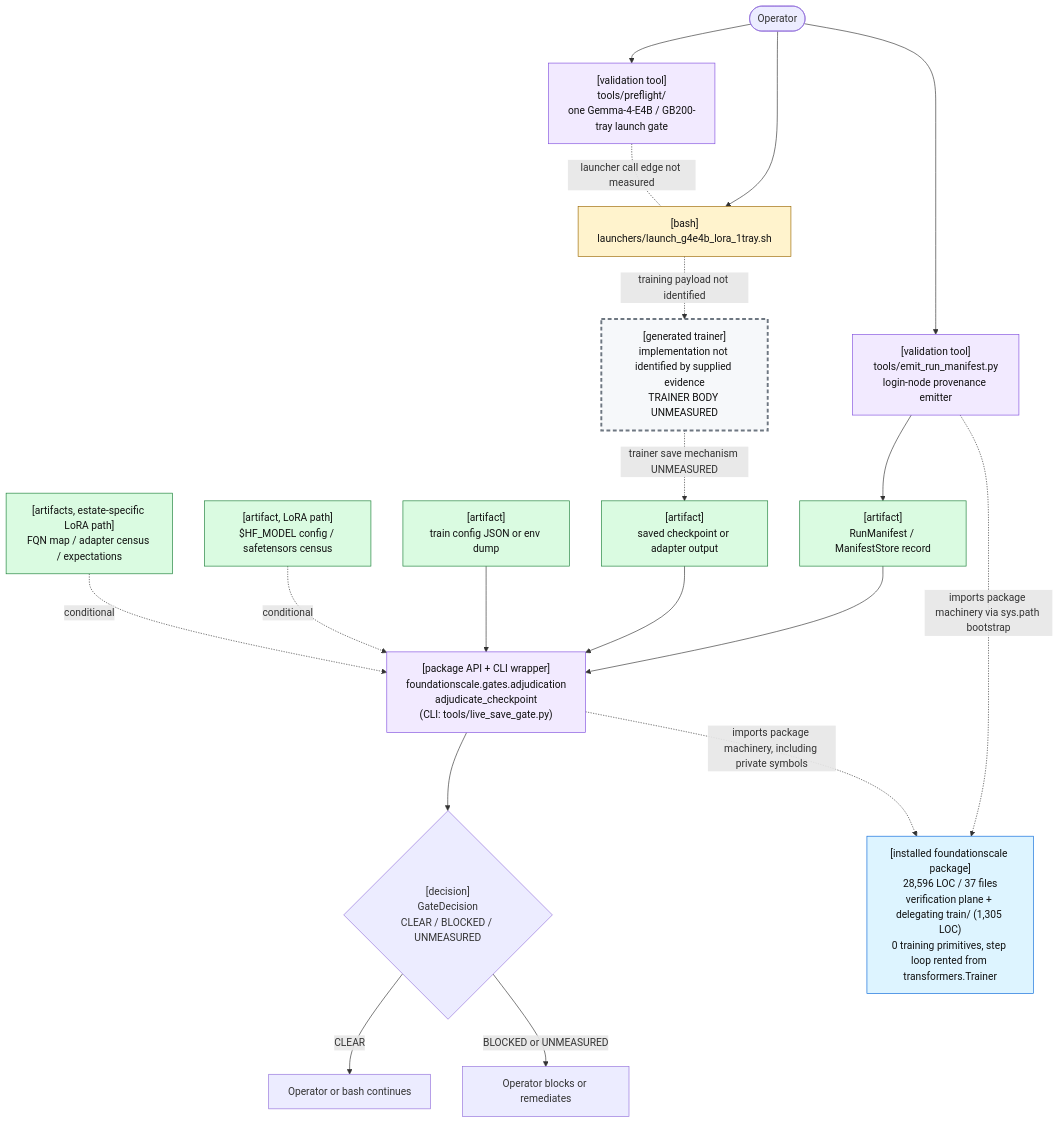
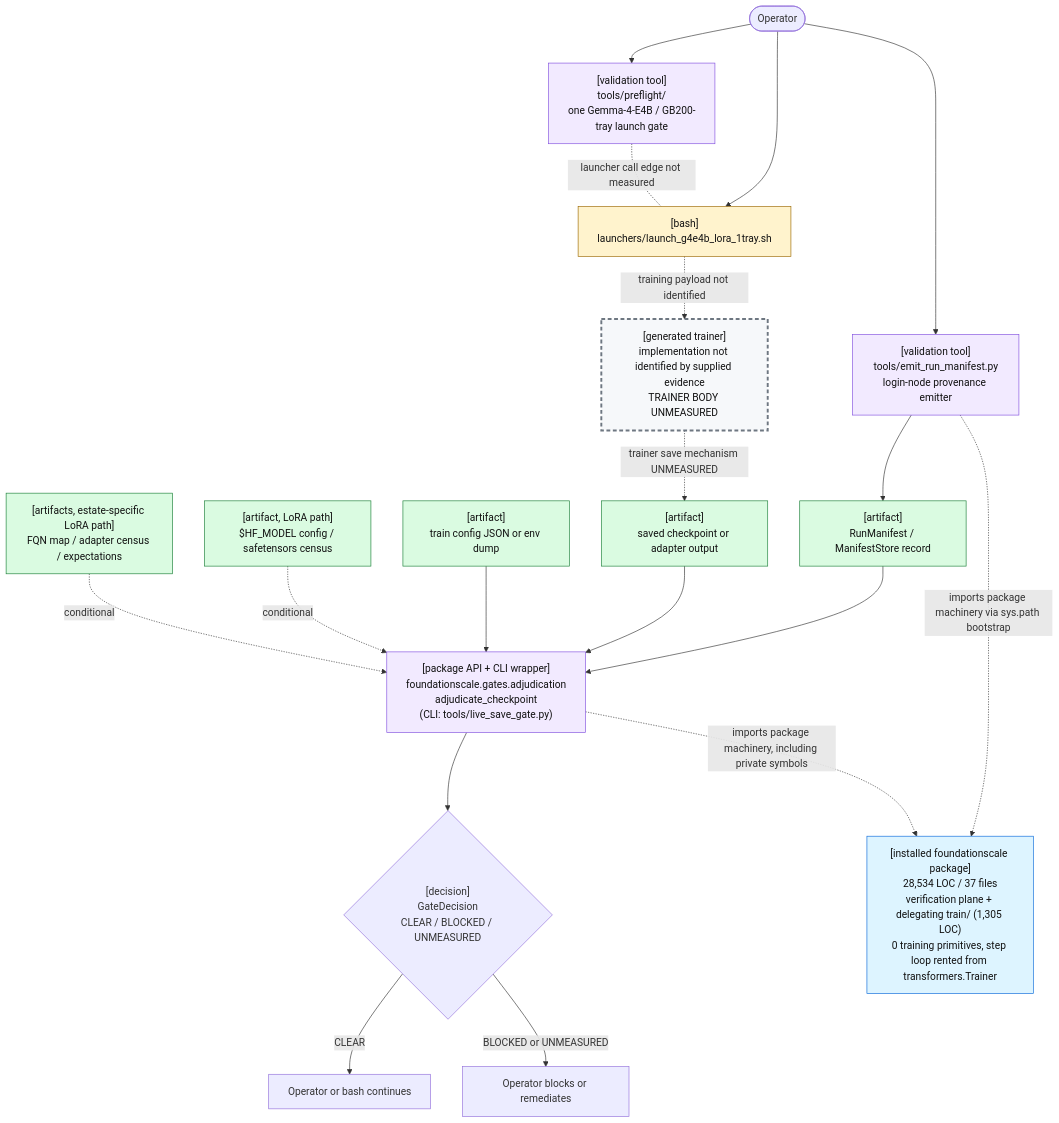
The first of 2 diagrams in docs/review/D2_current_architecture.md (TranNhiem/FoundationScale), drawn with Mermaid before and after one commit. The commit also changed other lines of this file and 16 other files, not shown here.

````diff
--- a/docs/review/D2_current_architecture.md
+++ b/docs/review/D2_current_architecture.md
@@ -25,59 +25,59 @@
 ```mermaid
 flowchart TB
   O(["Operator"])
 
   PF["[validation tool]<br/>tools/preflight/<br/>one Gemma-4-E4B / GB200-tray launch gate"]
   L["[bash]<br/>launchers/launch_g4e4b_lora_1tray.sh"]
 
   E["[validation tool]<br/>tools/emit_run_manifest.py<br/>login-node provenance emitter"]
   M["[artifact]<br/>RunManifest / ManifestStore record"]
 
   T["[generated trainer]<br/>implementation not identified by supplied evidence<br/>TRAINER BODY UNMEASURED"]
   C["[artifact]<br/>saved checkpoint or adapter output"]
 
   G["[package API + CLI wrapper]<br/>foundationscale.gates.adjudication<br/>adjudicate_checkpoint<br/>(CLI: tools/live_save_gate.py)"]
   CFG["[artifact]<br/>train config JSON or env dump"]
   BASE["[artifact, LoRA path]<br/>$HF_MODEL config / safetensors census"]
   CEN["[artifacts, estate-specific LoRA path]<br/>FQN map / adapter census / expectations"]
 
   D{"[decision]<br/>GateDecision<br/>CLEAR / BLOCKED / UNMEASURED"}
   OK["Operator or bash continues"]
   NO["Operator blocks or remediates"]
 
-  PKG["[installed foundationscale package]<br/>28,596 LOC / 37 files<br/>verification plane + delegating train/ (1,305 LOC)<br/>0 training primitives, step loop rented from transformers.Trainer"]
+  PKG["[installed foundationscale package]<br/>28,534 LOC / 37 files<br/>verification plane + delegating train/ (1,305 LOC)<br/>0 training primitives, step loop rented from transformers.Trainer"]
 
   O --> PF
   O --> L
   PF -. "launcher call edge not measured" .- L
 
   O --> E
   E --> M
 
   L -. "training payload not identified" .-> T
   T -. "trainer save mechanism UNMEASURED" .-> C
 
   M --> G
   C --> G
   CFG --> G
   BASE -. "conditional" .-> G
   CEN -. "conditional" .-> G
 
   E -. "imports package machinery via sys.path bootstrap" .-> PKG
   G -. "imports package machinery, including private symbols" .-> PKG
 
   G --> D
   D -->|"CLEAR"| OK
   D -->|"BLOCKED or UNMEASURED"| NO
 
   classDef bash fill:#fff3cd,stroke:#9a6700,color:#111;
   classDef tool fill:#f2eaff,stroke:#8250df,color:#111;
   classDef artifact fill:#dafbe1,stroke:#1a7f37,color:#111;
   classDef gap fill:#f6f8fa,stroke:#6e7781,stroke-width:3px,stroke-dasharray: 6 4,color:#111;
   classDef pkg fill:#ddf4ff,stroke:#0969da,color:#111;
 
   class L bash;
   class PF,E,G tool;
   class M,C,CFG,BASE,CEN artifact;
   class T gap;
   class PKG pkg;
 ```
````
